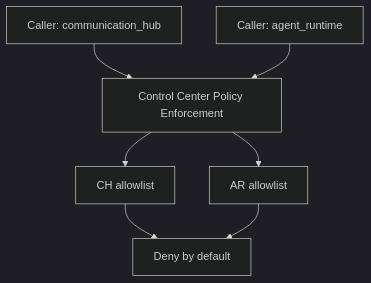
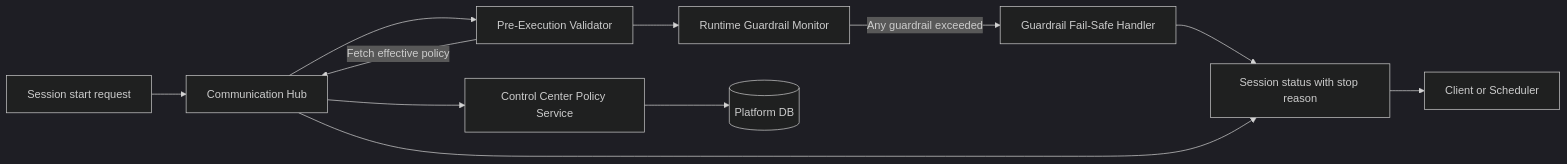
The second of 2 diagrams in docs/master/architecture/system-overview.md (hurungang/parthenon), drawn with Mermaid (dark theme) before and after one commit. The commit also changed other lines of this file and 139 other files, not shown here.

````diff
--- a/docs/master/architecture/system-overview.md
+++ b/docs/master/architecture/system-overview.md
@@ -23,16 +27,23 @@
 ```mermaid
-flowchart TB
-    PEP[Control Center Policy Enforcement]
-    CHC[Caller: communication_hub]
-    ARC[Caller: agent_runtime]
-    CHA[CH allowlist]
-    ARA[AR allowlist]
-    DENY[Deny by default]
+flowchart LR
+    RQ[Session start request]
+    CH[Communication Hub]
+    PV[Pre-Execution Validator]
+    RM[Runtime Guardrail Monitor]
+    FS[Guardrail Fail-Safe Handler]
+    CC[Control Center Policy Service]
+    DB[(Platform DB)]
+    ST[Session status with stop reason]
+    CL[Client or Scheduler]
 
-    CHC --> PEP
-    ARC --> PEP
-    PEP --> CHA
-    PEP --> ARA
-    CHA --> DENY
-    ARA --> DENY
+    RQ --> CH
+    CH --> PV
+    PV -->|Fetch effective policy| CH
+    CH --> CC
+    CC --> DB
+    PV --> RM
+    RM -->|Any guardrail exceeded| FS
+    FS --> ST
+    CH --> ST
+    ST --> CL
 ```
````
